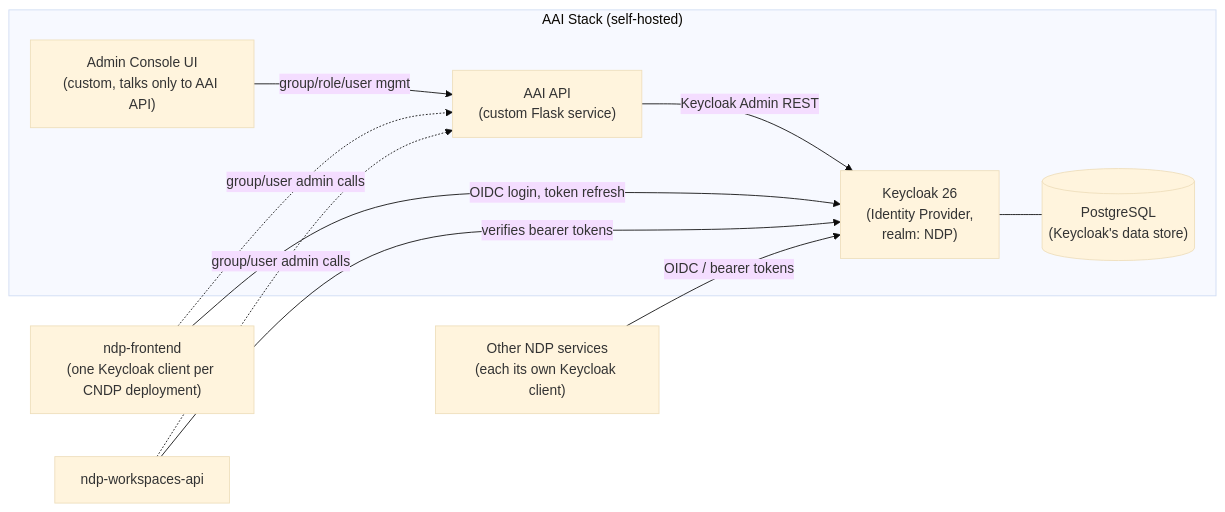
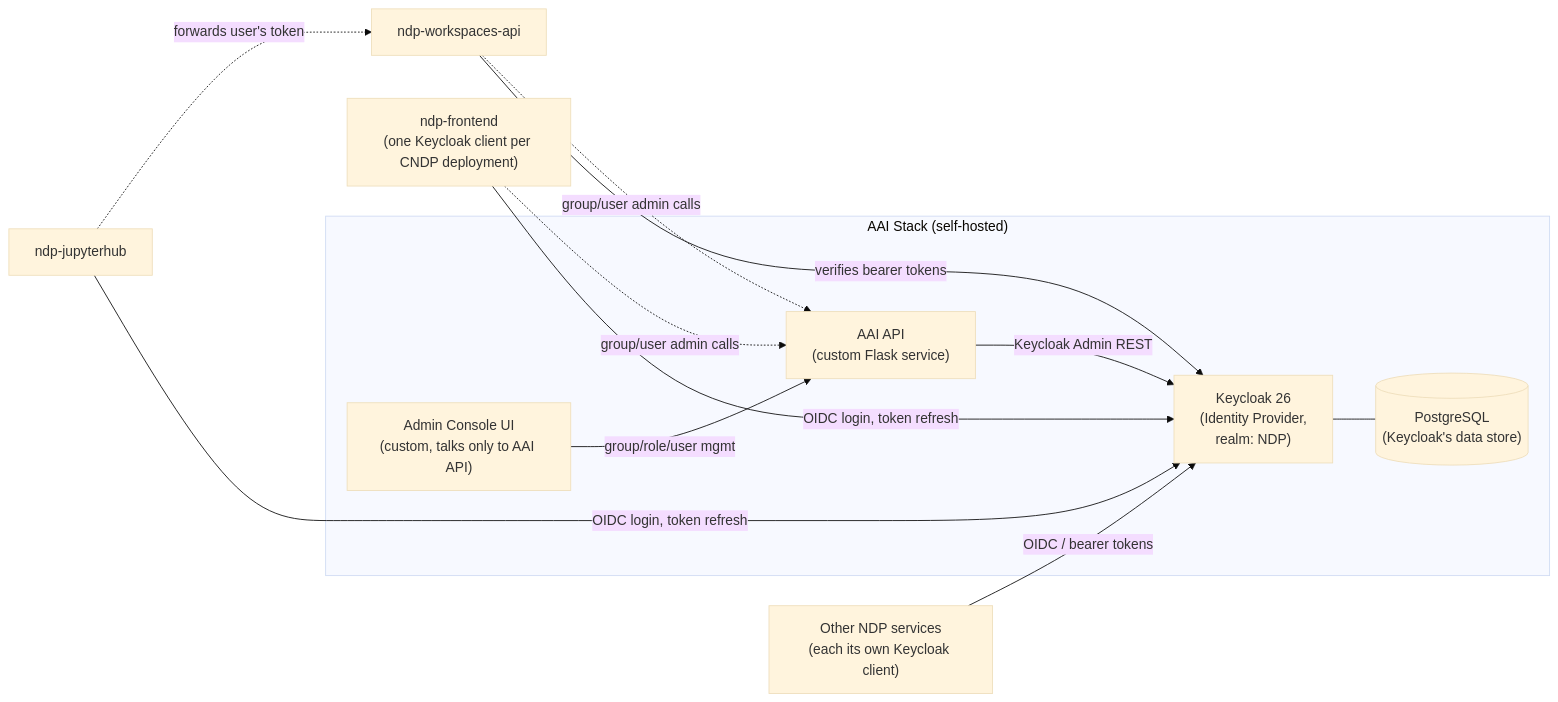
The diagram in README.md (sci-ndp/keycloak-auth), drawn with Mermaid (base theme) before and after one commit. The commit also changed other lines of this file, not shown here.

Commit message:
ndp-jupyterhub integration details

````diff
--- a/README.md
+++ b/README.md
@@ -13,21 +13,24 @@
 ```mermaid
 flowchart LR
     subgraph AAI["AAI Stack (self-hosted)"]
         KC["Keycloak 26\n(Identity Provider,\nrealm: NDP)"]
         PG[("PostgreSQL\n(Keycloak's data store)")]
         API["AAI API\n(custom Flask service)"]
         UI["Admin Console UI\n(custom, talks only to AAI API)"]
         KC --- PG
         API -->|Keycloak Admin REST| KC
         UI -->|group/role/user mgmt| API
     end
     FE["ndp-frontend\n(one Keycloak client per CNDP deployment)"]
     WA["ndp-workspaces-api"]
+    JH["ndp-jupyterhub"]
     Other["Other NDP services\n(each its own Keycloak client)"]
 
     FE -->|OIDC login, token refresh| KC
     WA -->|verifies bearer tokens| KC
+    JH -->|OIDC login, token refresh| KC
     Other -->|OIDC / bearer tokens| KC
     FE -.->|group/user admin calls| API
     WA -.->|group/user admin calls| API
+    JH -.->|forwards user's token| WA
 ```
````
